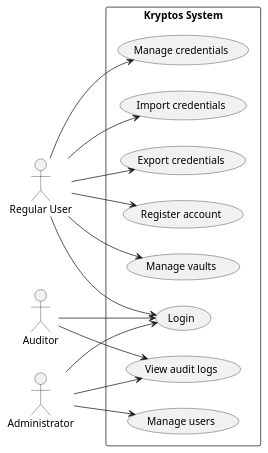
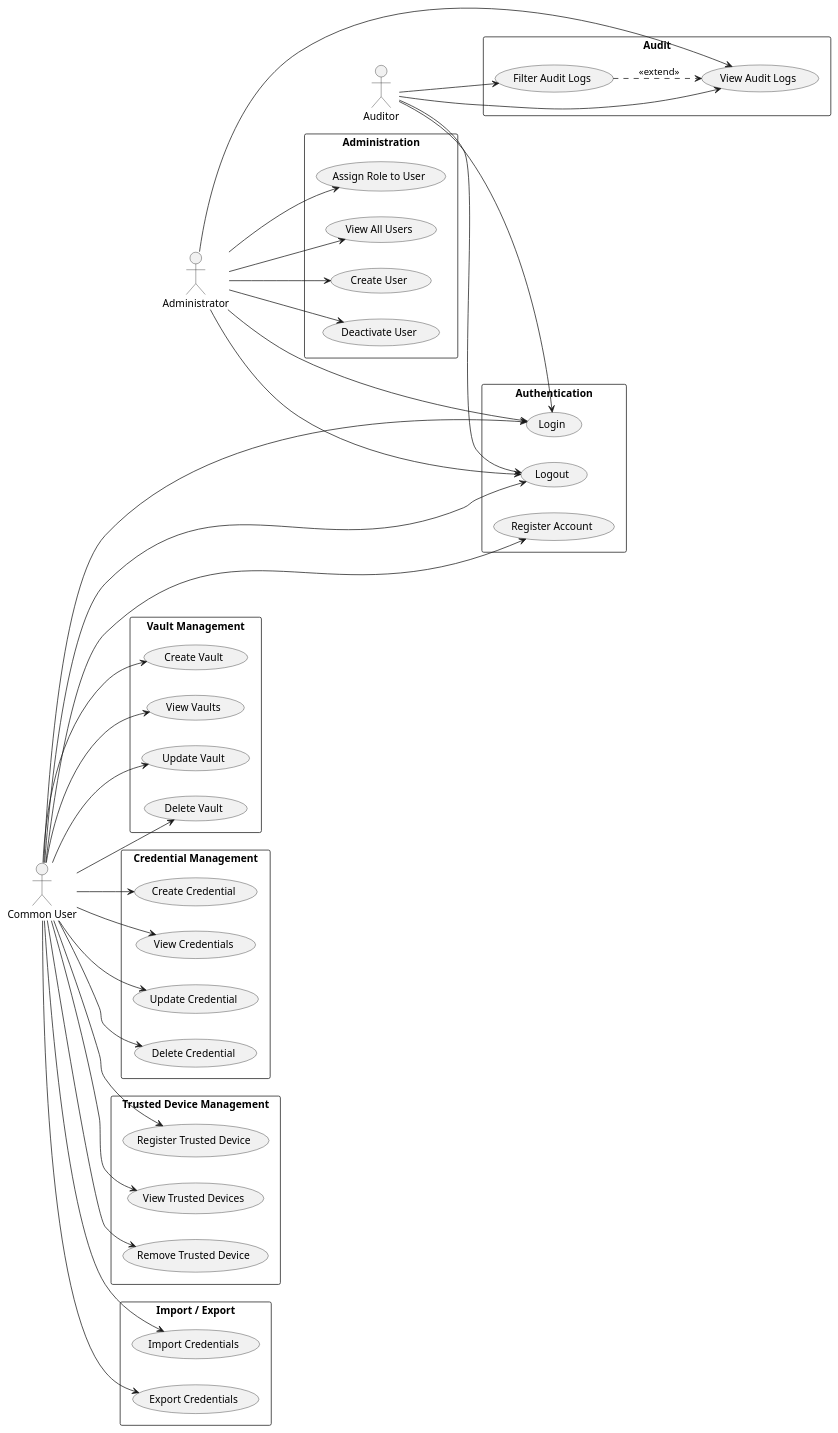
One commit to mei-desofs/desofs2026_thu_ffs_2 changed the diagram in Phase1/images/use-case-diagram.puml. Above: the diagram before and after it, drawn with PlantUML. The commit also changed 1 other file, not shown here.

Commit message:
G - update use case diagram Design #4

```diff
--- a/Phase1/images/use-case-diagram.puml
+++ b/Phase1/images/use-case-diagram.puml
@@ -1,37 +1,91 @@
 @startuml
 left to right direction
 
-actor "Regular User" as User
+actor "Common User" as User
 actor "Administrator" as Admin
 actor "Auditor" as Auditor
 
-rectangle "Kryptos System" {
+' Force vertical ordering of actors
+User -[hidden]down-> Admin
+Admin -[hidden]down-> Auditor
 
-  usecase "Register account" as UC_Register
+rectangle "Authentication" {
+  usecase "Register Account" as UC_Register
   usecase "Login" as UC_Login
-
-  usecase "Manage vaults" as UC_ManageVaults
-  usecase "Manage credentials" as UC_ManageCredentials
-
-  usecase "Import credentials" as UC_Import
-  usecase "Export credentials" as UC_Export
-
-  usecase "Manage users" as UC_ManageUsers
-  usecase "View audit logs" as UC_ViewLogs
+  usecase "Logout" as UC_Logout
 }
 
+rectangle "Vault Management" {
+  usecase "Create Vault" as UC_CreateVault
+  usecase "View Vaults" as UC_ViewVaults
+  usecase "Update Vault" as UC_UpdateVault
+  usecase "Delete Vault" as UC_DeleteVault
+}
+
+rectangle "Credential Management" {
+  usecase "Create Credential" as UC_CreateCredential
+  usecase "View Credentials" as UC_ViewCredentials
+  usecase "Update Credential" as UC_UpdateCredential
+  usecase "Delete Credential" as UC_DeleteCredential
+}
+
+rectangle "Trusted Device Management" {
+  usecase "Register Trusted Device" as UC_RegisterDevice
+  usecase "View Trusted Devices" as UC_ViewDevices
+  usecase "Remove Trusted Device" as UC_RemoveDevice
+}
+
+rectangle "Import / Export" {
+  usecase "Import Credentials" as UC_Import
+  usecase "Export Credentials" as UC_Export
+}
+
+rectangle "Administration" {
+  usecase "View All Users" as UC_ViewUsers
+  usecase "Create User" as UC_CreateUser
+  usecase "Deactivate User" as UC_DeactivateUser
+  usecase "Assign Role to User" as UC_AssignRole
+}
+
+rectangle "Audit" {
+  usecase "View Audit Logs" as UC_ViewLogs
+  usecase "Filter Audit Logs" as UC_FilterLogs
+}
+
+' Common User
 User --> UC_Register
 User --> UC_Login
-User --> UC_ManageVaults
-User --> UC_ManageCredentials
+User --> UC_Logout
+User --> UC_CreateVault
+User --> UC_ViewVaults
+User --> UC_UpdateVault
+User --> UC_DeleteVault
+User --> UC_CreateCredential
+User --> UC_ViewCredentials
+User --> UC_UpdateCredential
+User --> UC_DeleteCredential
+User --> UC_RegisterDevice
+User --> UC_ViewDevices
+User --> UC_RemoveDevice
 User --> UC_Import
 User --> UC_Export
 
+' Administrator
 Admin --> UC_Login
-Admin --> UC_ManageUsers
+Admin --> UC_Logout
+Admin --> UC_ViewUsers
+Admin --> UC_CreateUser
+Admin --> UC_DeactivateUser
+Admin --> UC_AssignRole
 Admin --> UC_ViewLogs
 
+' Auditor
 Auditor --> UC_Login
+Auditor --> UC_Logout
 Auditor --> UC_ViewLogs
+Auditor --> UC_FilterLogs
+
+' Extend relationships
+UC_FilterLogs ..> UC_ViewLogs : <<extend>>
 
 @enduml
```
